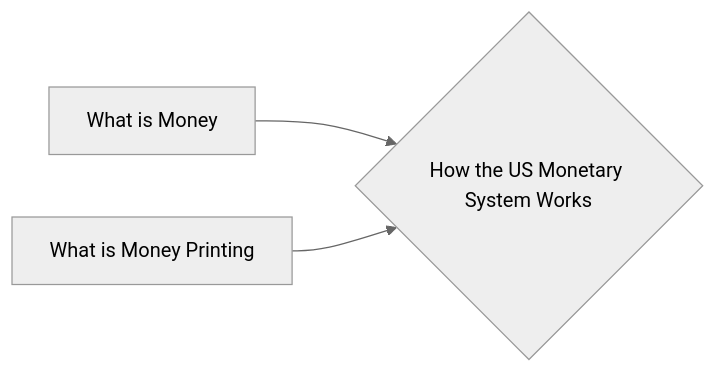
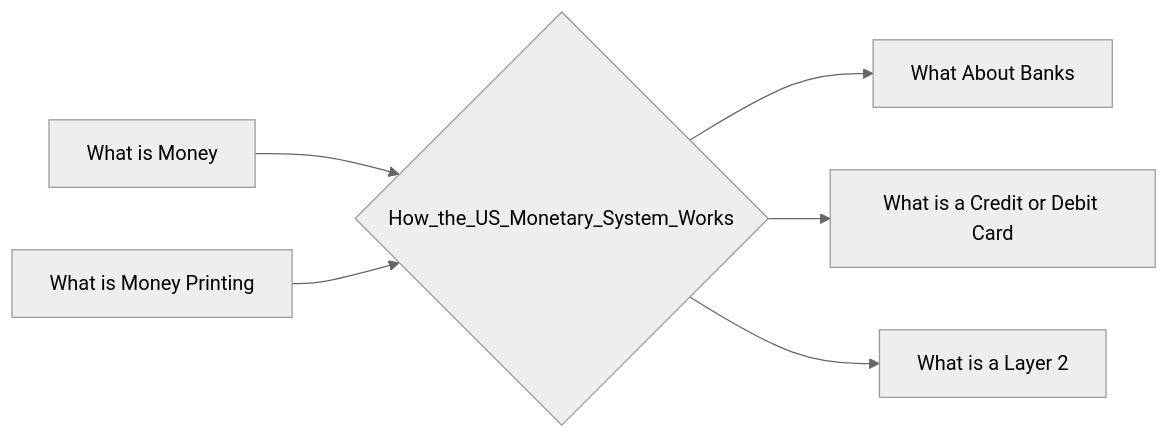
The diagram in notes/How_the_US_Monetary_System_Works.md (lpurdy01/crypto-knowledge-map), drawn with Mermaid (neutral theme) before and after one commit. The commit also changed 161 other files, not shown here.

````diff
--- a/notes/How_the_US_Monetary_System_Works.md
+++ b/notes/How_the_US_Monetary_System_Works.md
@@ -9,5 +9,8 @@
 ```mermaid
 graph LR
-1["What is Money"]-->0{"How the US Monetary System Works"}
-2["What is Money Printing"]-->0{"How the US Monetary System Works"}
+1["What is Money"]-->0{"How_the_US_Monetary_System_Works"}
+2["What is Money Printing"]-->0{"How_the_US_Monetary_System_Works"}
+0{"How_the_US_Monetary_System_Works"}-->3["What About Banks"]
+0{"How_the_US_Monetary_System_Works"}-->4["What is a Credit or Debit Card"]
+0{"How_the_US_Monetary_System_Works"}-->5["What is a Layer 2"]
 ```
````
